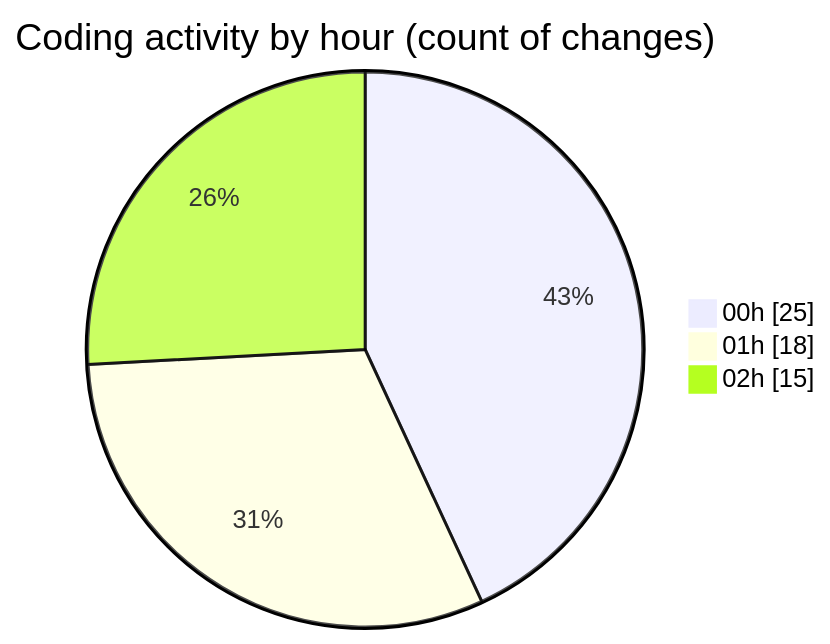
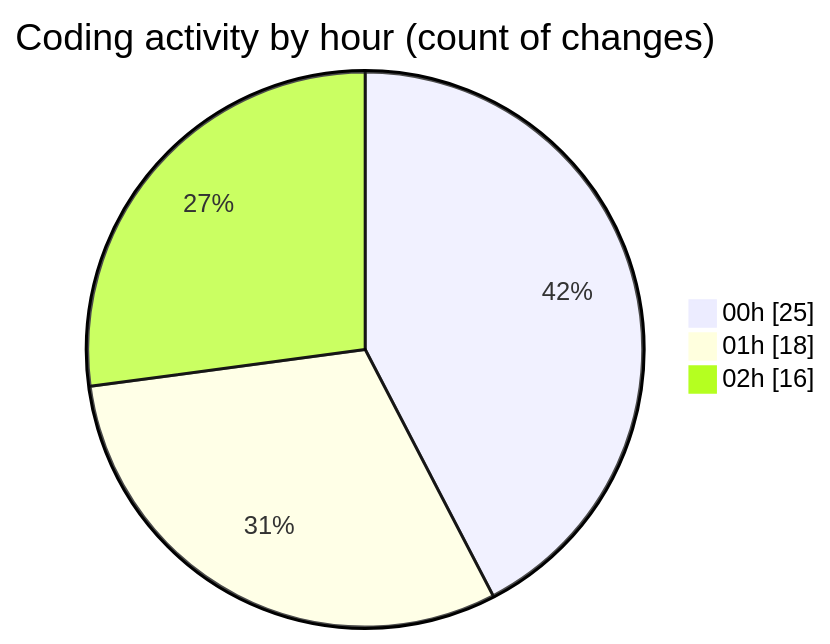
One commit to EIIisD/code-tracking changed the second of 2 diagrams in 2025-07-18/ribbon/README.md. Above: the diagram before and after it, drawn with Mermaid. The commit also changed other lines of this file and 1 other file, not shown here.

````diff
--- a/2025-07-18/ribbon/README.md
+++ b/2025-07-18/ribbon/README.md
@@ -37,7 +37,7 @@
 ```mermaid
 pie showData
 title Coding activity by hour (count of changes)
 "00h" : 25
 "01h" : 18
-"02h" : 15
+"02h" : 16
 ```
````
